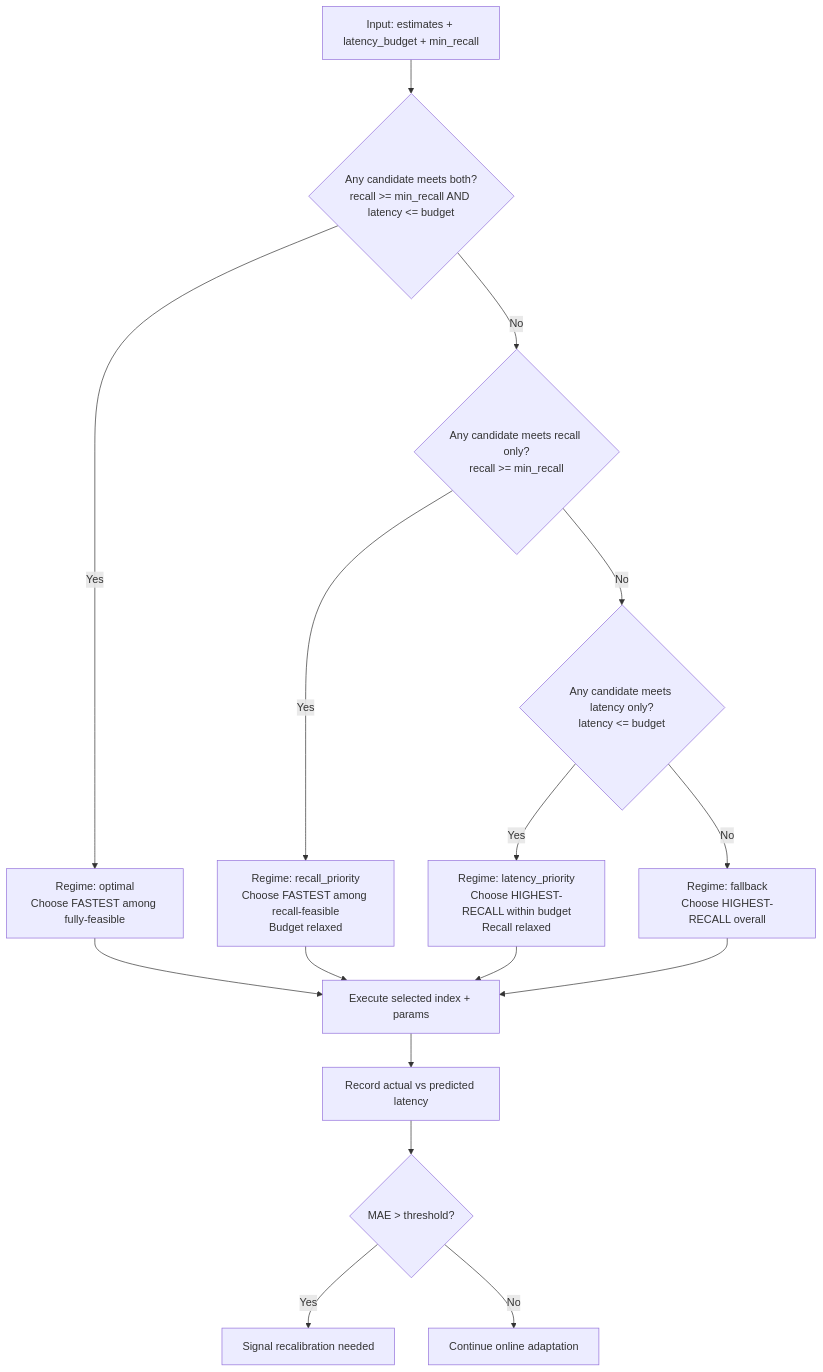
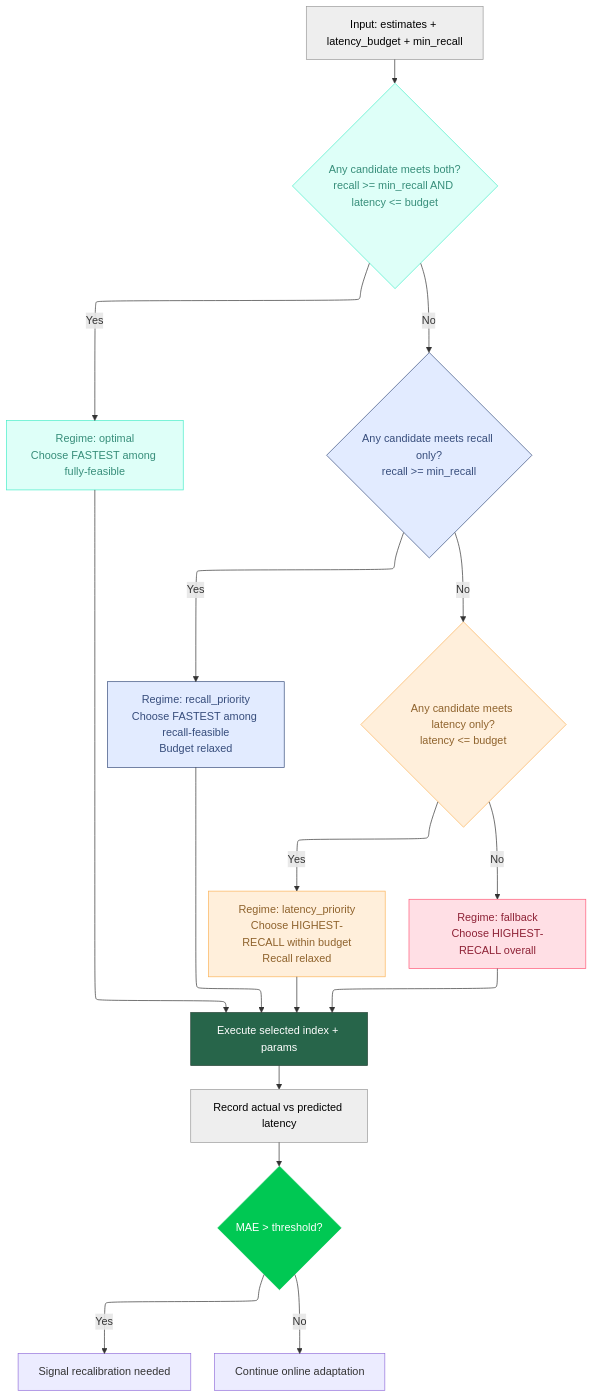
Before and after one commit to TianyangRen/ADT-Project: the second of 3 diagrams in README.md, drawn with Mermaid. The commit also changed other lines of this file, not shown here.

Commit message:
feat: update diagrams for adaptive execution and strategy selection

````diff
--- a/README.md
+++ b/README.md
@@ -179,23 +265,41 @@
 ```mermaid
-flowchart TD
-  A[Input: estimates + latency_budget + min_recall] --> B{Any candidate meets both?<br/>recall >= min_recall AND latency <= budget}
+---
+config:
+  layout: elk
+---
+flowchart TB
+    A["Input: estimates + latency_budget + min_recall"] --> B{"Any candidate meets both?<br>recall &gt;= min_recall AND latency &lt;= budget"}
+    B -- Yes --> C["Regime: optimal<br>Choose FASTEST among fully-feasible"]
+    B -- No --> D{"Any candidate meets recall only?<br>recall &gt;= min_recall"}
+    D -- Yes --> E["Regime: recall_priority<br>Choose FASTEST among recall-feasible<br>Budget relaxed"]
+    D -- No --> F{"Any candidate meets latency only?<br>latency &lt;= budget"}
+    F -- Yes --> G["Regime: latency_priority<br>Choose HIGHEST-RECALL within budget<br>Recall relaxed"]
+    F -- No --> H["Regime: fallback<br>Choose HIGHEST-RECALL overall"]
+    C --> Z["Execute selected index + params"]
+    E --> Z
+    G --> Z
+    H --> Z
+    Z --> M["Record actual vs predicted latency"]
+    M --> N{"MAE > threshold?"}
+    N -- Yes --> R["Signal recalibration needed"]
+    N -- No --> S["Continue online adaptation"]
 
-  B -- Yes --> C[Regime: optimal<br/>Choose FASTEST among fully-feasible]
-  B -- No --> D{Any candidate meets recall only?<br/>recall >= min_recall}
-
-  D -- Yes --> E[Regime: recall_priority<br/>Choose FASTEST among recall-feasible<br/>Budget relaxed]
-  D -- No --> F{Any candidate meets latency only?<br/>latency <= budget}
-
-  F -- Yes --> G[Regime: latency_priority<br/>Choose HIGHEST-RECALL within budget<br/>Recall relaxed]
-  F -- No --> H[Regime: fallback<br/>Choose HIGHEST-RECALL overall]
-
-  C --> Z[Execute selected index + params]
-  E --> Z
-  G --> Z
-  H --> Z
-
-  Z --> M[Record actual vs predicted latency]
-  M --> N{MAE > threshold?}
-  N -- Yes --> R[Signal recalibration needed]
-  N -- No --> S[Continue online adaptation]
+     A:::Ash
+     B:::Aqua
+     C:::Aqua
+     D:::Sky
+     E:::Sky
+     F:::Peach
+     G:::Peach
+     H:::Rose
+     Z:::Pine
+     M:::Ash
+     N:::Rose
+    classDef Aqua stroke-width:1px, stroke-dasharray:none, stroke:#46EDC8, fill:#DEFFF8, color:#378E7A
+    classDef Sky stroke-width:1px, stroke-dasharray:none, stroke:#374D7C, fill:#E2EBFF, color:#374D7C
+    classDef Peach stroke-width:1px, stroke-dasharray:none, stroke:#FBB35A, fill:#FFEFDB, color:#8F632D
+    classDef Pine stroke-width:1px, stroke-dasharray:none, stroke:#254336, fill:#27654A, color:#FFFFFF
+    classDef Ash stroke-width:1px, stroke-dasharray:none, stroke:#999999, fill:#EEEEEE, color:#000000
+    classDef Rose stroke-width:1px, stroke-dasharray:none, stroke:#FF5978, fill:#FFDFE5, color:#8E2236
+    style N fill:#00C853,color:#FFFFFF,stroke:#00C853
 ```
````
